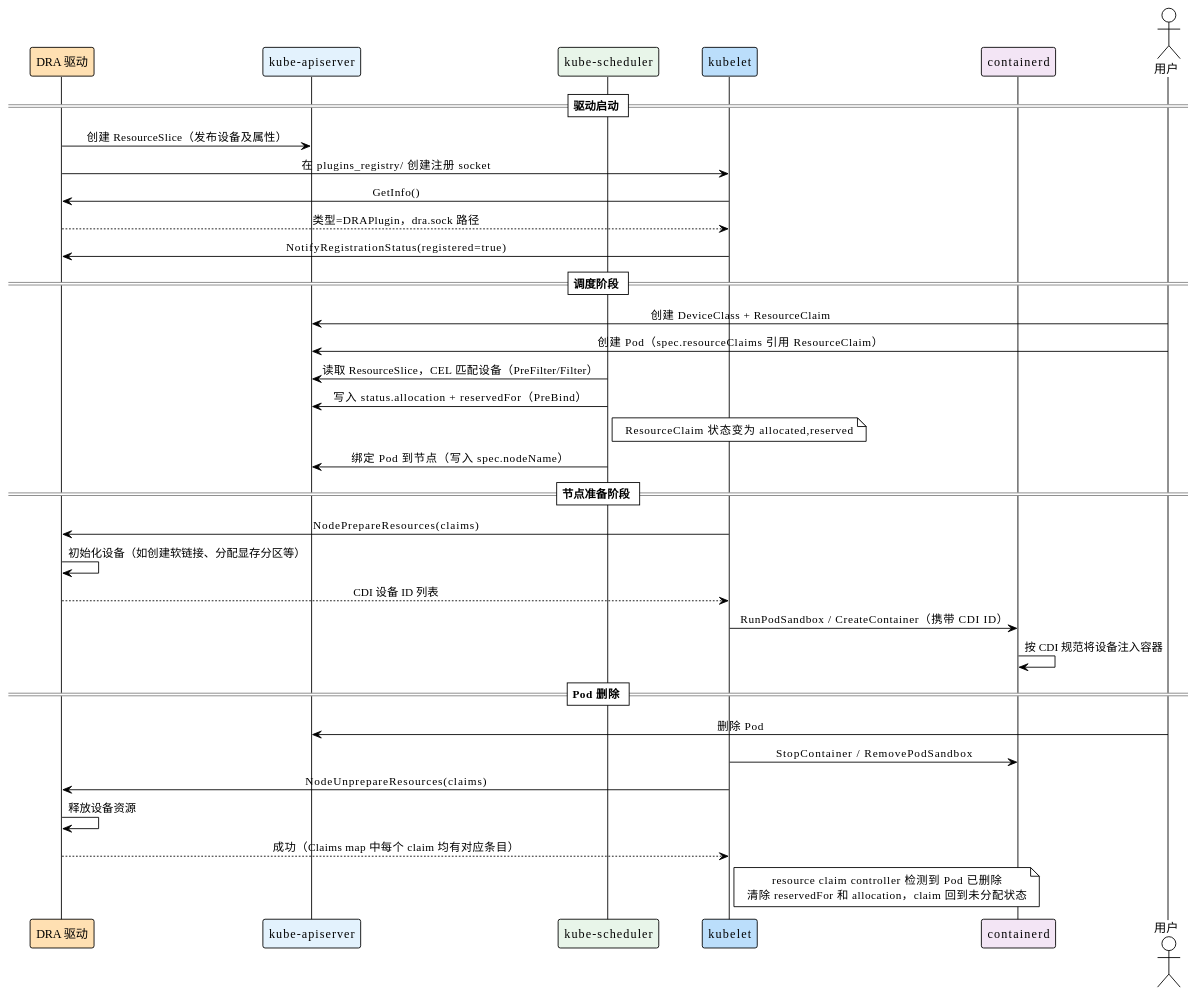
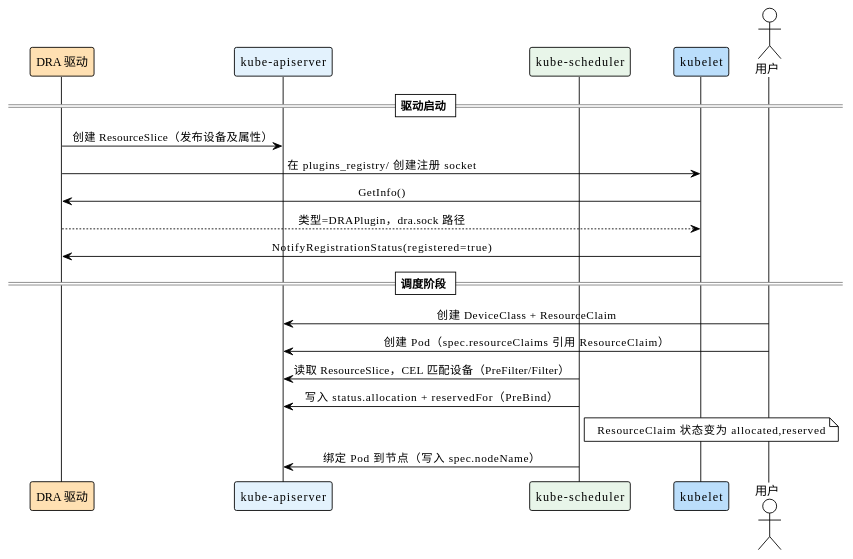
Before and after one commit to togettoyou/kubernetes-src-notes: the first of 2 diagrams in content/extensions/dra.md, drawn with PlantUML. The commit also changed other lines of this file, not shown here.

Commit message:
0420更新

````diff
--- a/content/extensions/dra.md
+++ b/content/extensions/dra.md
@@ -152,46 +154,30 @@
 ```plantuml
 @startuml
 !theme plain
 skinparam sequenceMessageAlign center
 skinparam responseMessageBelowArrow true
 skinparam defaultTextAlignment center
 skinparam ParticipantPadding 20
 
 participant "DRA 驱动" as drv #FFE0B2
 participant "kube-apiserver" as api #E3F2FD
 participant "kube-scheduler" as sch #E8F5E9
 participant "kubelet" as k #BBDEFB
-participant "containerd" as cri #F3E5F5
 actor "用户" as user
 
 == 驱动启动 ==
 drv -> api : 创建 ResourceSlice（发布设备及属性）
 drv -> k : 在 plugins_registry/ 创建注册 socket
 k -> drv : GetInfo()
 drv --> k : 类型=DRAPlugin，dra.sock 路径
 k -> drv : NotifyRegistrationStatus(registered=true)
 
 == 调度阶段 ==
 user -> api : 创建 DeviceClass + ResourceClaim
 user -> api : 创建 Pod（spec.resourceClaims 引用 ResourceClaim）
 sch -> api : 读取 ResourceSlice，CEL 匹配设备（PreFilter/Filter）
 sch -> api : 写入 status.allocation + reservedFor（PreBind）
 note right of sch : ResourceClaim 状态变为 allocated,reserved
 sch -> api : 绑定 Pod 到节点（写入 spec.nodeName）
-
-== 节点准备阶段 ==
-k -> drv : NodePrepareResources(claims)
-drv -> drv : 初始化设备（如创建软链接、分配显存分区等）
-drv --> k : CDI 设备 ID 列表
-k -> cri : RunPodSandbox / CreateContainer（携带 CDI ID）
-cri -> cri : 按 CDI 规范将设备注入容器
-
-== Pod 删除 ==
-user -> api : 删除 Pod
-k -> cri : StopContainer / RemovePodSandbox
-k -> drv : NodeUnprepareResources(claims)
-drv -> drv : 释放设备资源
-drv --> k : 成功（Claims map 中每个 claim 均有对应条目）
-note right of k : resource claim controller 检测到 Pod 已删除\n清除 reservedFor 和 allocation，claim 回到未分配状态
 @enduml
 ```
````
